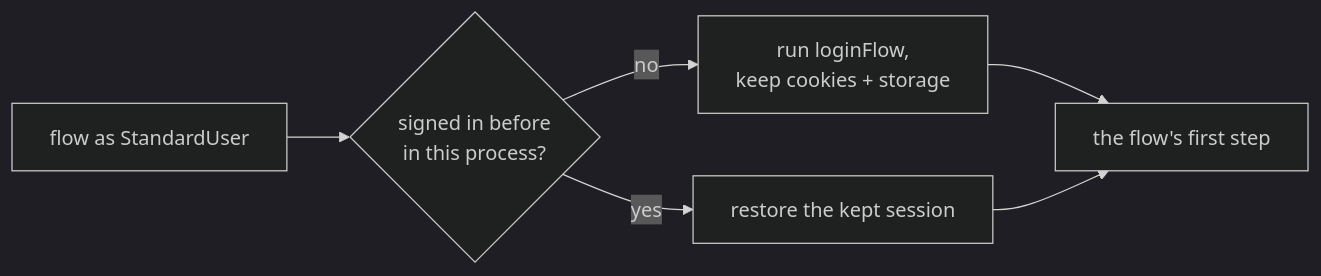
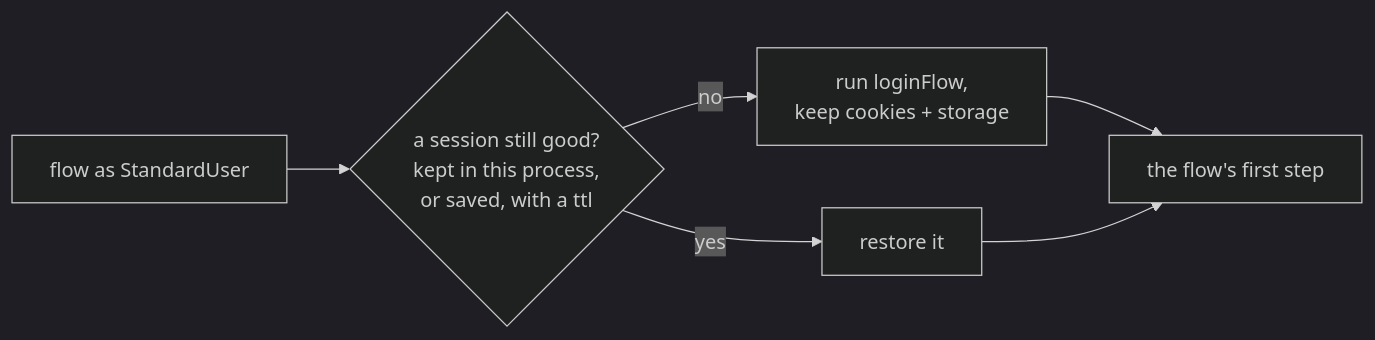
The third of 3 diagrams in docs/guides/flows.md (deviate-dv8/waygraph), drawn with Mermaid (dark theme) before and after one commit. The commit also changed other lines of this file and 13 other files, not shown here.

````diff
--- a/docs/guides/flows.md
+++ b/docs/guides/flows.md
@@ -182,8 +182,8 @@
 ```mermaid
 graph LR
-  F[flow as StandardUser] --> Q{signed in before<br/>in this process?}
+  F[flow as StandardUser] --> Q{a session still good?<br/>kept in this process,<br/>or saved, with a ttl}
   Q -->|no| S[run loginFlow,<br/>keep cookies + storage]
-  Q -->|yes| R[restore the kept session]
+  Q -->|yes| R[restore it]
   S --> N[the flow's first step]
   R --> N
 ```
````
